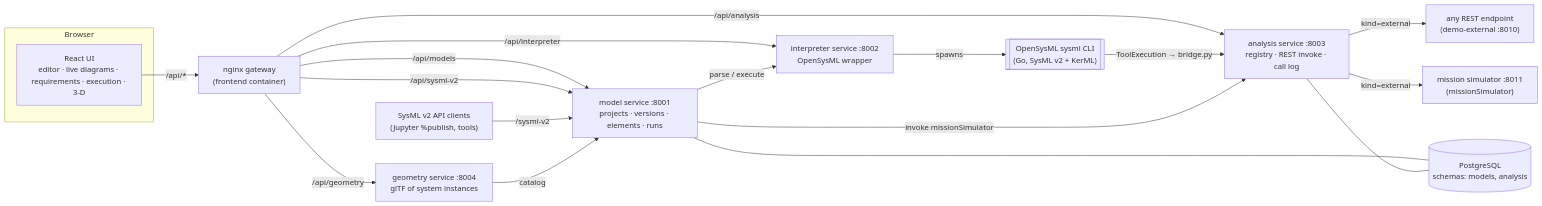
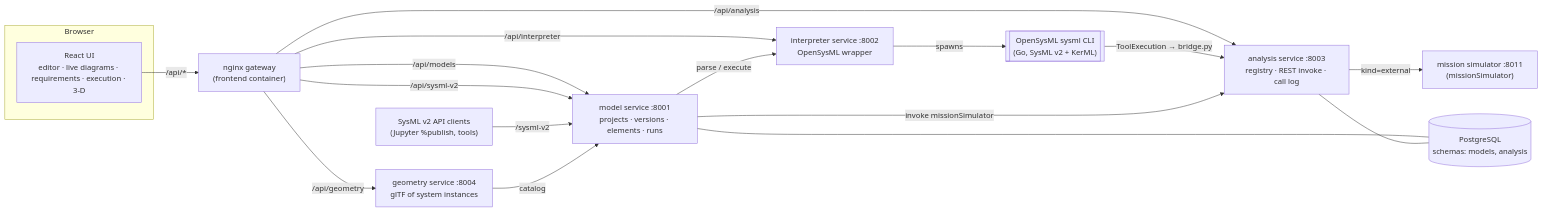
The diagram in README.md (jaydeanmartin/sysml), drawn with Mermaid before and after one commit. The commit also changed other lines of this file and 6 other files, not shown here.

````diff
--- a/README.md
+++ b/README.md
@@ -5,22 +5,21 @@
 ```mermaid
 flowchart LR
   subgraph Browser
     UI["React UI<br/>editor · live diagrams · requirements · execution · 3-D"]
   end
   UI -->|/api/*| GW["nginx gateway<br/>(frontend container)"]
   GW -->|/api/models| MS["model service :8001<br/>projects · versions · elements · runs"]
   GW -->|/api/sysml-v2| MS
   CL["SysML v2 API clients<br/>(Jupyter %publish, tools)"] -->|/sysml-v2| MS
   GW -->|/api/analysis| AS["analysis service :8003<br/>registry · REST invoke · call log"]
   GW -->|/api/interpreter| IS["interpreter service :8002<br/>OpenSysML wrapper"]
   GW -->|/api/geometry| GS["geometry service :8004<br/>glTF of system instances"]
   GS -->|catalog| MS
   MS -->|parse / execute| IS
   IS -->|spawns| OS[["OpenSysML sysml CLI<br/>(Go, SysML v2 + KerML)"]]
   OS -->|ToolExecution → bridge.py| AS
-  AS -->|kind=external| EXT["any REST endpoint<br/>(demo-external :8010)"]
   AS -->|kind=external| SIM["mission simulator :8011<br/>(missionSimulator)"]
   MS -->|invoke missionSimulator| AS
   MS --- PG[(PostgreSQL<br/>schemas: models, analysis)]
   AS --- PG
 ```
````
